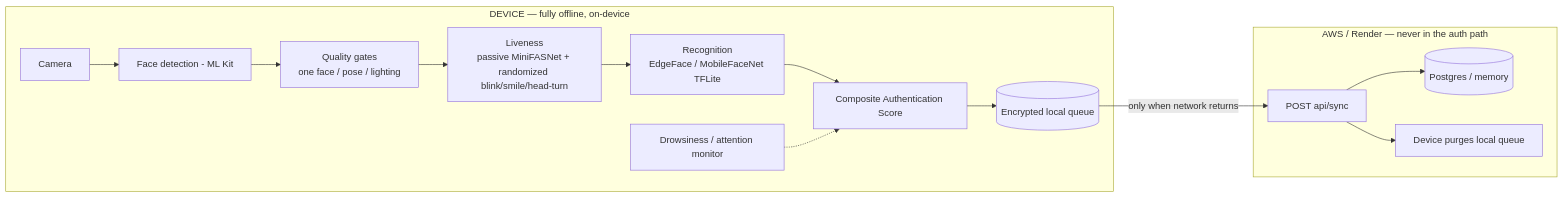
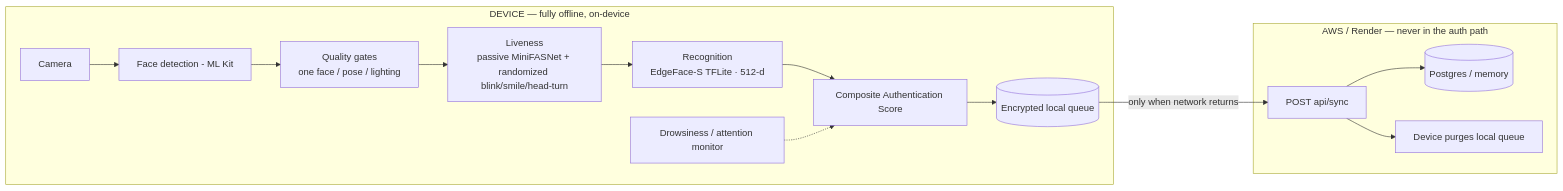
One commit to perrysolid/NHAI changed the first of 3 diagrams in README.md. Above: the diagram before and after it, drawn with Mermaid. The commit also changed other lines of this file and 9 other files, not shown here.

````diff
--- a/README.md
+++ b/README.md
@@ -40,17 +41,17 @@
 ```mermaid
 flowchart LR
   subgraph DEVICE["DEVICE — fully offline, on-device"]
     CAM[Camera] --> DET[Face detection - ML Kit]
     DET --> GATE[Quality gates<br/>one face / pose / lighting]
     GATE --> LIVE[Liveness<br/>passive MiniFASNet + randomized blink/smile/head-turn]
-    LIVE --> REC[Recognition<br/>EdgeFace / MobileFaceNet TFLite]
+    LIVE --> REC[Recognition<br/>EdgeFace-S TFLite · 512-d]
     REC --> SCORE[Composite Authentication Score]
     SCORE --> Q[(Encrypted local queue)]
     ATT[Drowsiness / attention monitor] -.-> SCORE
   end
   Q -->|only when network returns| API[POST api/sync]
   subgraph CLOUD["AWS / Render — never in the auth path"]
     API --> DB[(Postgres / memory)]
     API --> PURGE[Device purges local queue]
   end
 ```
````
